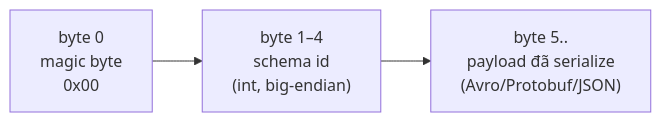
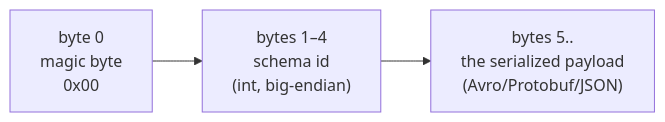
Before and after one commit to vuhoang001/knowledge: the diagram in i18n/en/docusaurus-plugin-content-docs/current/etl/kafka/skills/schema-registry.md, drawn with Mermaid. The commit also changed other lines of this file and 21 other files, not shown here.

````diff
--- a/i18n/en/docusaurus-plugin-content-docs/current/etl/kafka/skills/schema-registry.md
+++ b/i18n/en/docusaurus-plugin-content-docs/current/etl/kafka/skills/schema-registry.md
@@ -33,5 +32,5 @@
 ```mermaid
 flowchart LR
-  A["byte 0<br/>magic byte<br/>0x00"] --> B["byte 1–4<br/>schema id<br/>(int, big-endian)"]
-  B --> C["byte 5..<br/>payload đã serialize<br/>(Avro/Protobuf/JSON)"]
+  A["byte 0<br/>magic byte<br/>0x00"] --> B["bytes 1–4<br/>schema id<br/>(int, big-endian)"]
+  B --> C["bytes 5..<br/>the serialized payload<br/>(Avro/Protobuf/JSON)"]
 ```
````
